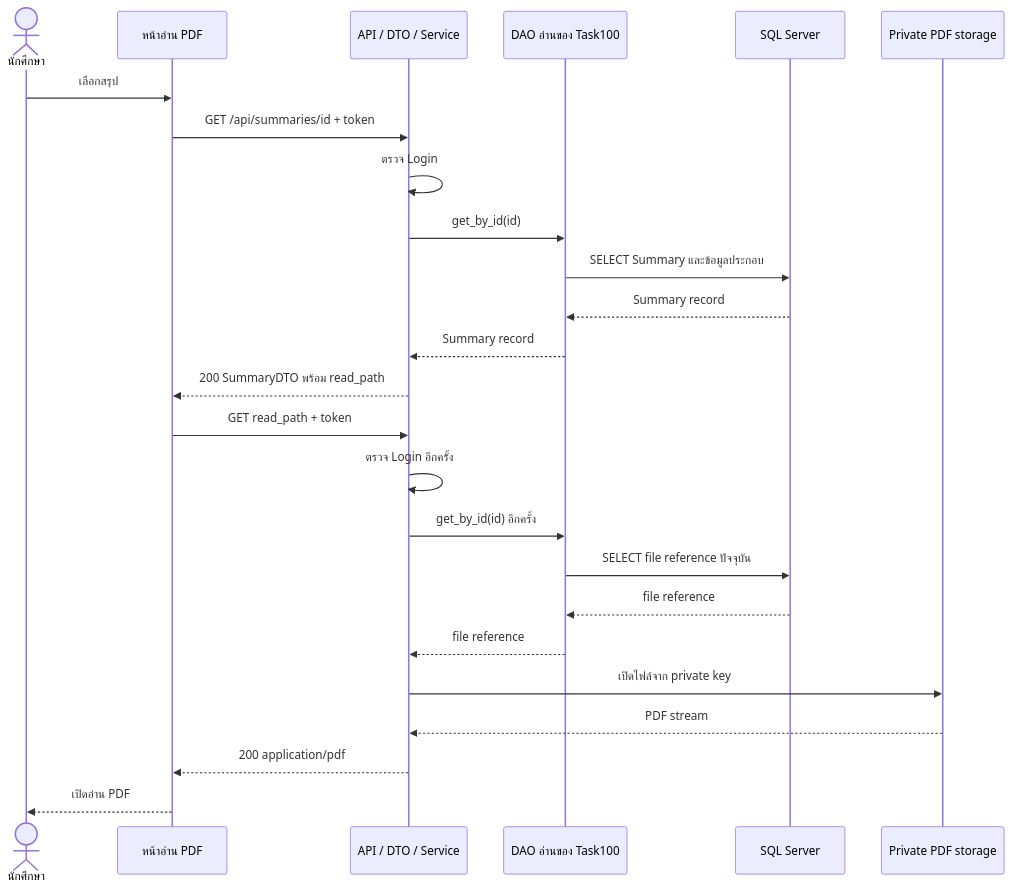
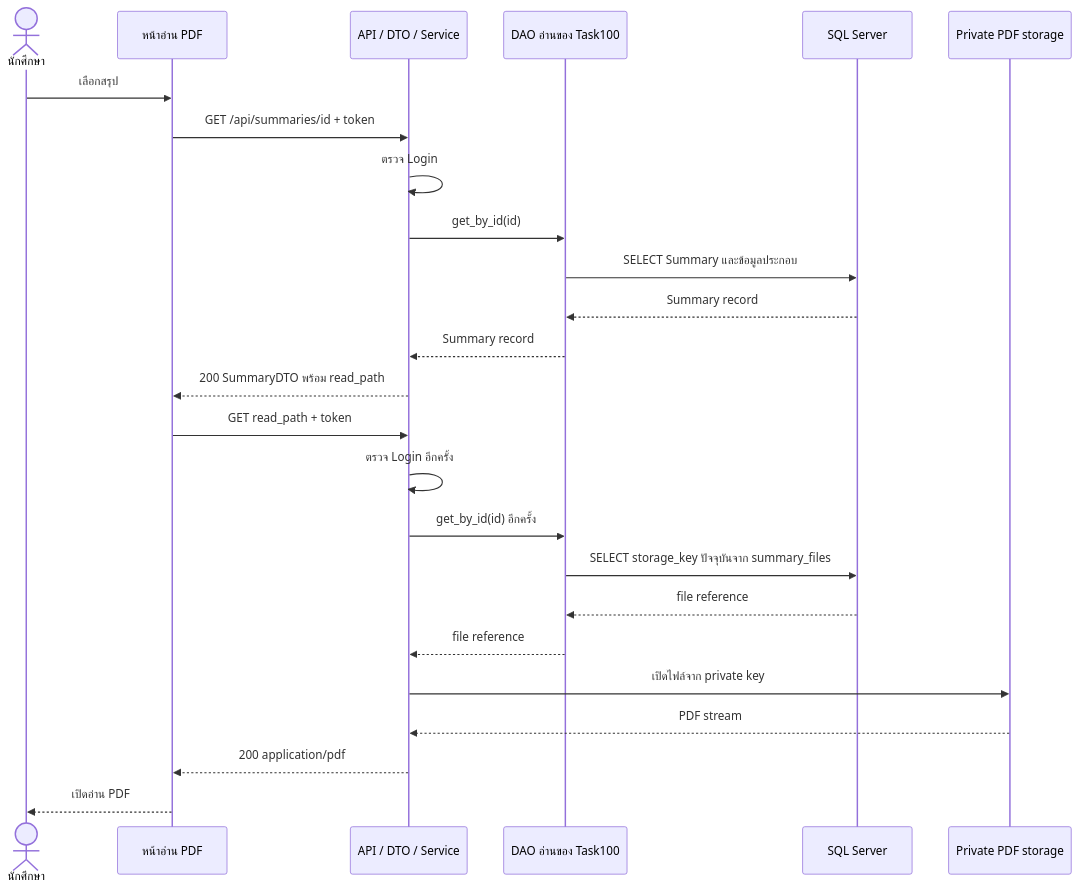
The diagram in docs/U7/design/diagrams/task101-read.mmd (Lilieay/cs261-group4-100001), drawn with Mermaid before and after one commit. The commit also changed 13 other files, not shown here.

Commit message:
docs(task101): align PDF updates with shared schema

```diff
--- a/docs/U7/design/diagrams/task101-read.mmd
+++ b/docs/U7/design/diagrams/task101-read.mmd
@@ -1,25 +1,25 @@
 sequenceDiagram
     actor Student as นักศึกษา
     participant UI as หน้าอ่าน PDF
     participant API as API / DTO / Service
     participant DAO as DAO อ่านของ Task100
     participant SQL as SQL Server
     participant Storage as Private PDF storage
     Student->>UI: เลือกสรุป
     UI->>API: GET /api/summaries/id + token
     API->>API: ตรวจ Login
     API->>DAO: get_by_id(id)
     DAO->>SQL: SELECT Summary และข้อมูลประกอบ
     SQL-->>DAO: Summary record
     DAO-->>API: Summary record
     API-->>UI: 200 SummaryDTO พร้อม read_path
     UI->>API: GET read_path + token
     API->>API: ตรวจ Login อีกครั้ง
     API->>DAO: get_by_id(id) อีกครั้ง
-    DAO->>SQL: SELECT file reference ปัจจุบัน
+    DAO->>SQL: SELECT storage_key ปัจจุบันจาก summary_files
     SQL-->>DAO: file reference
     DAO-->>API: file reference
     API->>Storage: เปิดไฟล์จาก private key
     Storage-->>API: PDF stream
     API-->>UI: 200 application/pdf
     UI-->>Student: เปิดอ่าน PDF
```
